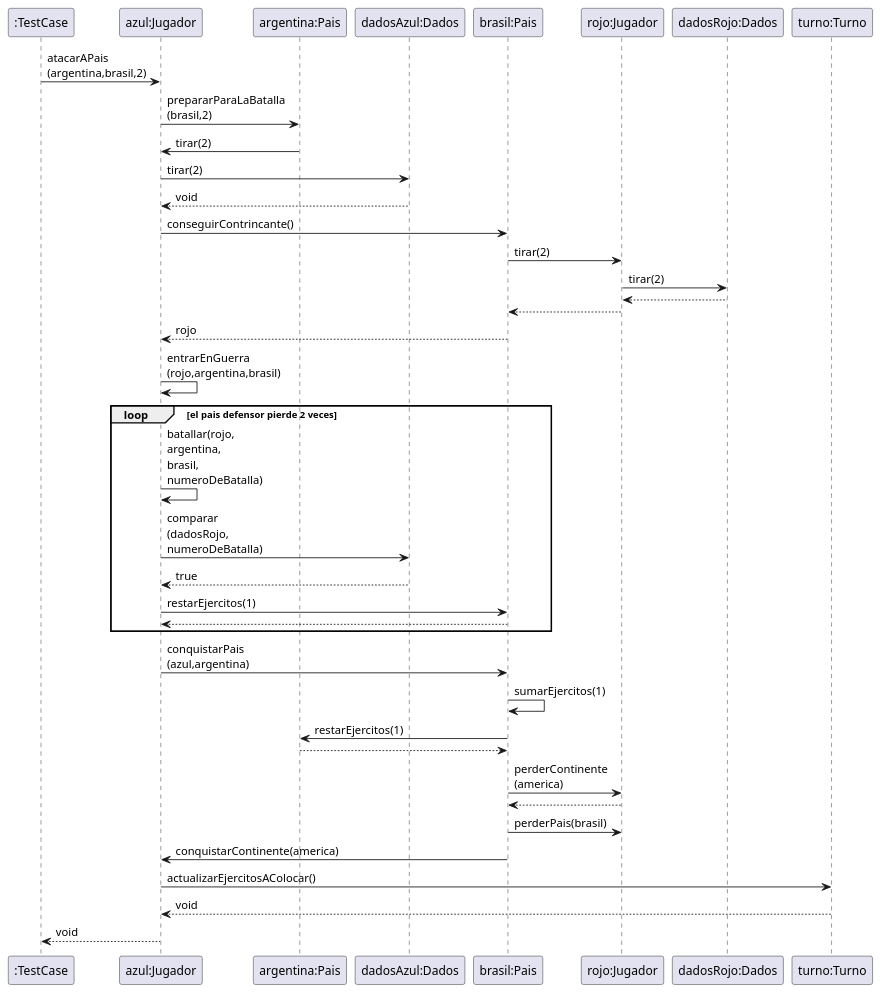
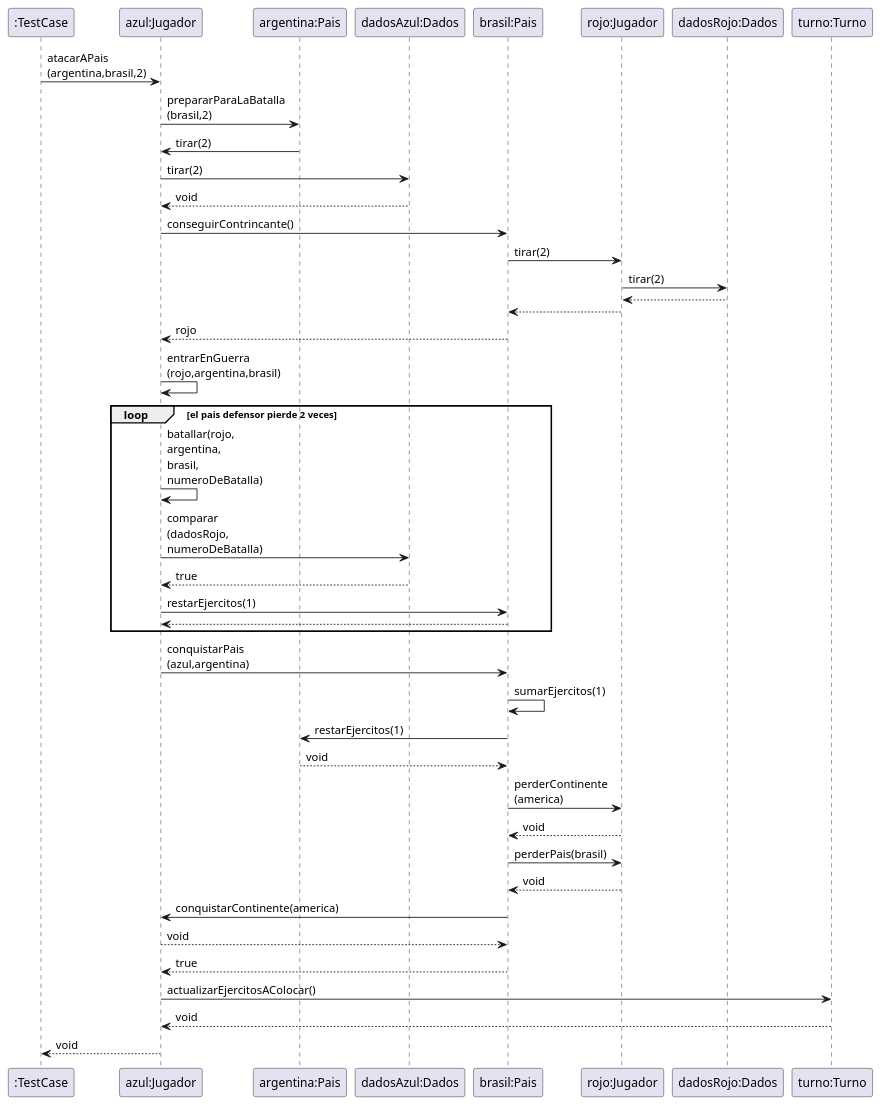
The diagram in Diagramas UML/Secuencia/atacar pais y conquistarlo.puml (Manu-jesus/Algo3_Tp2_TEG), drawn with PlantUML before and after one commit. The commit also changed 6 other files, not shown here.

Commit message:
diagramas de secuencia

```diff
--- a/Diagramas UML/Secuencia/atacar pais y conquistarlo.puml
+++ b/Diagramas UML/Secuencia/atacar pais y conquistarlo.puml
@@ -1,40 +1,46 @@
 @startuml
 skinparam maxmessagesize 20
 
 ":TestCase" -> "azul:Jugador" : atacarAPais (argentina,brasil,2)
 
 "azul:Jugador" -> "argentina:Pais" : prepararParaLaBatalla (brasil,2)
 "argentina:Pais" -> "azul:Jugador" : tirar(2)
 "azul:Jugador" -> "dadosAzul:Dados" : tirar(2)
 "dadosAzul:Dados" --> "azul:Jugador" : void
 
 "azul:Jugador" -> "brasil:Pais" : conseguirContrincante()
 "brasil:Pais" -> "rojo:Jugador" : tirar(2)
 "rojo:Jugador" -> "dadosRojo:Dados" : tirar(2)
 "dadosRojo:Dados" --> "rojo:Jugador":
 "rojo:Jugador" --> "brasil:Pais":
 
 "brasil:Pais" --> "azul:Jugador" : rojo
 "azul:Jugador" -> "azul:Jugador" : entrarEnGuerra (rojo,argentina,brasil)
 
 loop el pais defensor pierde 2 veces
     "azul:Jugador" -> "azul:Jugador" : batallar(rojo, argentina, brasil, numeroDeBatalla)
     "azul:Jugador" -> "dadosAzul:Dados" : comparar (dadosRojo, numeroDeBatalla)
     "dadosAzul:Dados" --> "azul:Jugador" : true
     "azul:Jugador" -> "brasil:Pais" : restarEjercitos(1)
     "brasil:Pais" --> "azul:Jugador":
     end
 "azul:Jugador" -> "brasil:Pais" : conquistarPais (azul,argentina)
 
 "brasil:Pais" -> "brasil:Pais" : sumarEjercitos(1)
 "brasil:Pais" -> "argentina:Pais" : restarEjercitos(1)
-"argentina:Pais" --> "brasil:Pais":
+"argentina:Pais" --> "brasil:Pais": void
 "brasil:Pais" -> "rojo:Jugador" : perderContinente (america)
-"rojo:Jugador" --> "brasil:Pais":
+"rojo:Jugador" --> "brasil:Pais":   void
+
 "brasil:Pais" -> "rojo:Jugador" : perderPais(brasil)
+"rojo:Jugador" --> "brasil:Pais": void
+
 "brasil:Pais" -> "azul:Jugador" : conquistarContinente(america)
+
+"azul:Jugador" --> "brasil:Pais" : void
+"brasil:Pais" --> "azul:Jugador" : true
 "azul:Jugador" -> "turno:Turno": actualizarEjercitosAColocar()
 "turno:Turno" --> "azul:Jugador": void
 "azul:Jugador" --> ":TestCase": void
 
 @enduml
```
